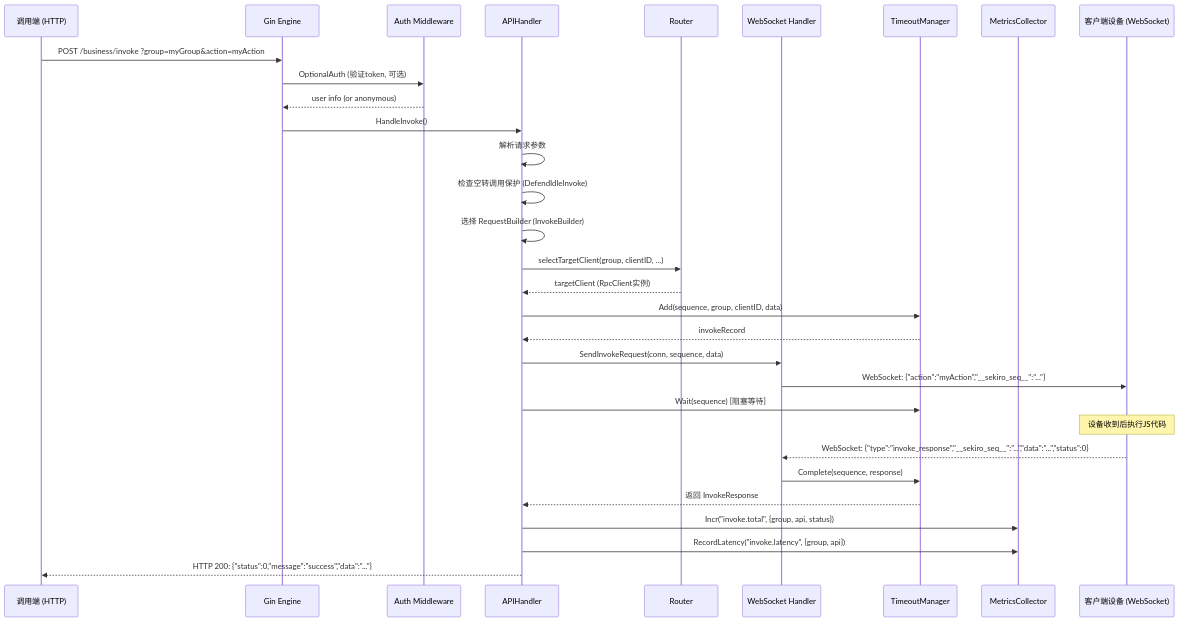
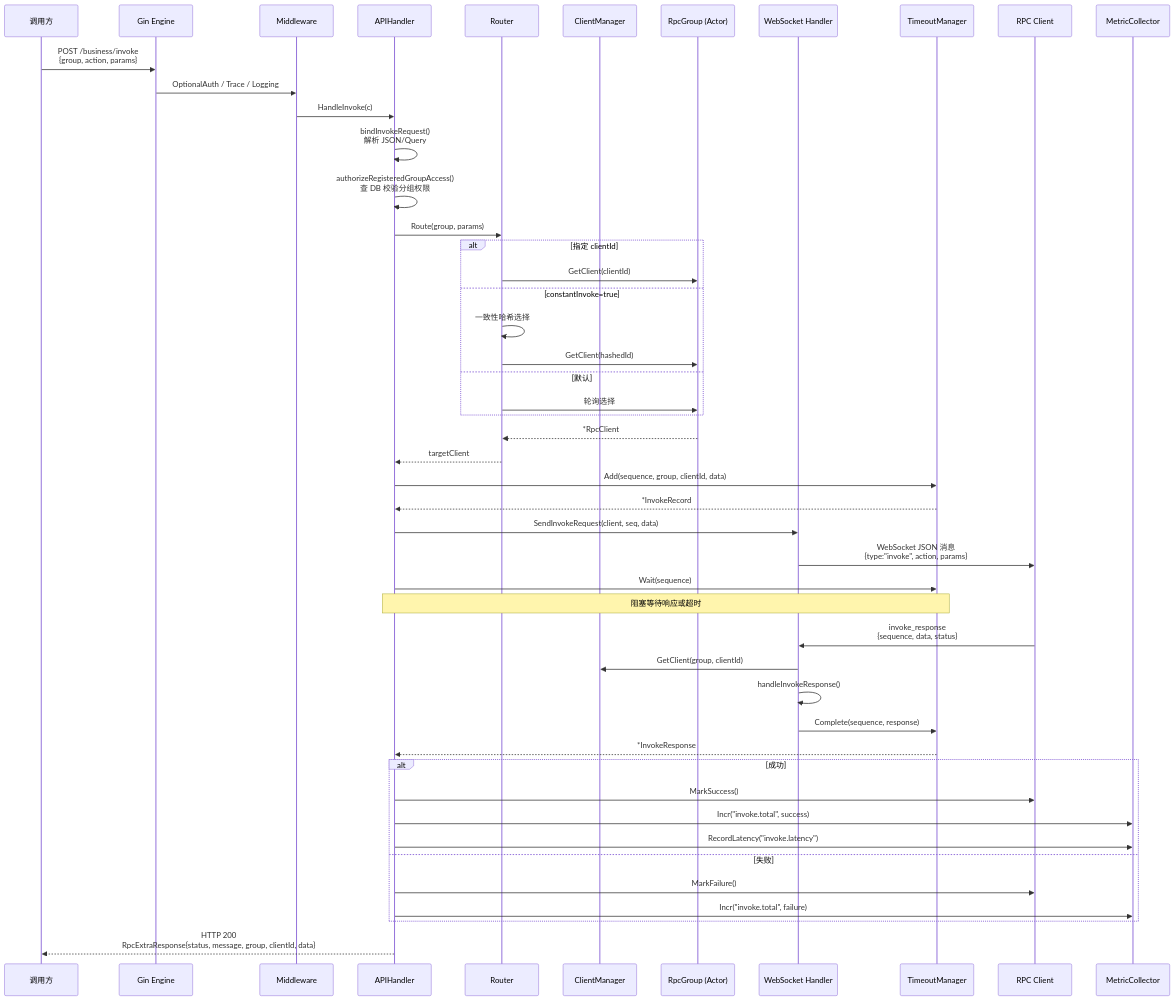
One commit to ruoxhub/go-rpc changed the second of 3 diagrams in docs/project-analysis.md. Above: the diagram before and after it, drawn with Mermaid. The commit also changed other lines of this file and 15 other files, not shown here.

````diff
--- a/docs/project-analysis.md
+++ b/docs/project-analysis.md
@@ -542,43 +498,60 @@
 ```mermaid
 sequenceDiagram
-    participant C as 调用端 (HTTP)
-    participant G as Gin Engine
-    participant A as Auth Middleware
-    participant H as APIHandler
-    participant R as Router
-    participant W as WebSocket Handler
-    participant T as TimeoutManager
-    participant M as MetricsCollector
-    participant D as 客户端设备 (WebSocket)
+    participant Invoker as 调用方
+    participant Gin as Gin Engine
+    participant MW as Middleware
+    participant Handler as APIHandler
+    participant Router as Router
+    participant CM as ClientManager
+    participant Group as RpcGroup (Actor)
+    participant WS as WebSocket Handler
+    participant TM as TimeoutManager
+    participant Client as RPC Client
+    participant Metrics as MetricCollector
 
-    C->>G: POST /business/invoke ?group=myGroup&action=myAction
-    G->>A: OptionalAuth (验证token, 可选)
-    A-->>G: user info (or anonymous)
-    G->>H: HandleInvoke()
+    Invoker->>Gin: POST /business/invoke<br/>{group, action, params}
+    Gin->>MW: OptionalAuth / Trace / Logging
+    MW->>Handler: HandleInvoke(c)
 
-    H->>H: 解析请求参数
-    H->>H: 检查空转调用保护 (DefendIdleInvoke)
-    H->>H: 选择 RequestBuilder (InvokeBuilder)
+    Handler->>Handler: bindInvokeRequest()<br/>解析 JSON/Query
+    Handler->>Handler: authorizeRegisteredGroupAccess()<br/>查 DB 校验分组权限
 
-    H->>R: selectTargetClient(group, clientID, ...)
-    R-->>H: targetClient (RpcClient实例)
+    Handler->>Router: Route(group, params)
+    alt 指定 clientId
+        Router->>Group: GetClient(clientId)
+    else constantInvoke=true
+        Router->>Router: 一致性哈希选择
+        Router->>Group: GetClient(hashedId)
+    else 默认
+        Router->>Group: 轮询选择
+    end
+    Group-->>Router: *RpcClient
+    Router-->>Handler: targetClient
 
-    H->>T: Add(sequence, group, clientID, data)
-    T-->>H: invokeRecord
+    Handler->>TM: Add(sequence, group, clientId, data)
+    TM-->>Handler: *InvokeRecord
 
-    H->>W: SendInvokeRequest(conn, sequence, data)
-    W->>D: WebSocket: {"action":"myAction","__sekiro_seq__":"..."}
+    Handler->>WS: SendInvokeRequest(client, seq, data)
+    WS->>Client: WebSocket JSON 消息<br/>{type:"invoke", action, params}
 
-    H->>T: Wait(sequence) [阻塞等待]
+    Handler->>TM: Wait(sequence)
+    Note over Handler,TM: 阻塞等待响应或超时
 
-    Note over D: 设备收到后执行JS代码
+    Client->>WS: invoke_response<br/>{sequence, data, status}
+    WS->>CM: GetClient(group, clientId)
+    WS->>WS: handleInvokeResponse()
+    WS->>TM: Complete(sequence, response)
 
-    D-->>W: WebSocket: {"type":"invoke_response","__sekiro_seq__":"...","data":"...","status":0}
-    W->>T: Complete(sequence, response)
-    T-->>H: 返回 InvokeResponse
+    TM-->>Handler: *InvokeResponse
 
-    H->>M: Incr("invoke.total", {group, api, status})
-    H->>M: RecordLatency("invoke.latency", {group, api})
+    alt 成功
+        Handler->>Client: MarkSuccess()
+        Handler->>Metrics: Incr("invoke.total", success)
+        Handler->>Metrics: RecordLatency("invoke.latency")
+    else 失败
+        Handler->>Client: MarkFailure()
+        Handler->>Metrics: Incr("invoke.total", failure)
+    end
 
-    H-->>C: HTTP 200: {"status":0,"message":"success","data":"..."}
+    Handler-->>Invoker: HTTP 200<br/>RpcExtraResponse{status, message, group, clientId, data}
 ```
````
